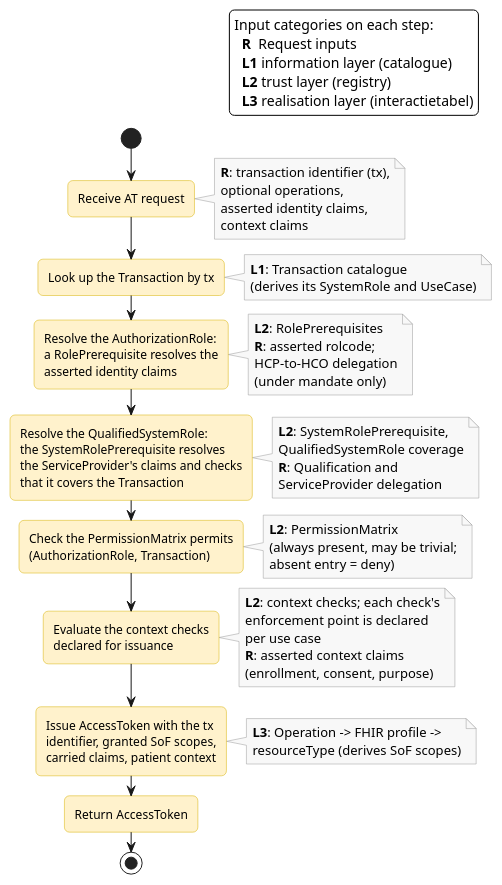
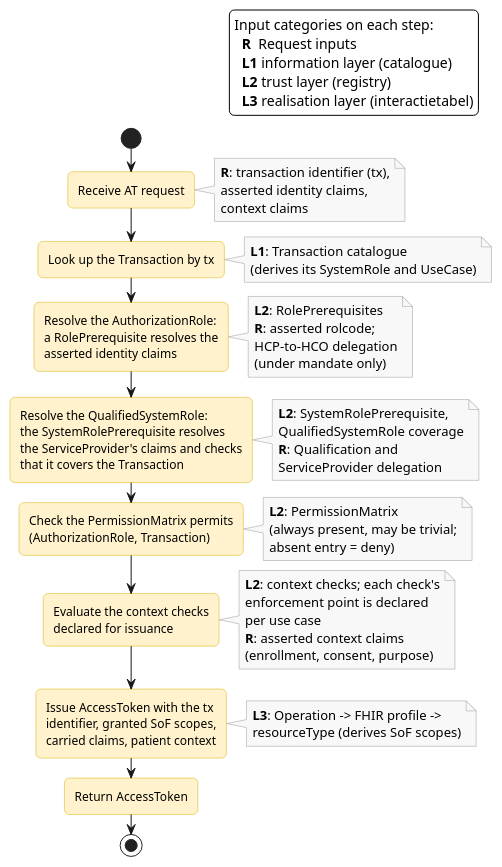
One commit to nuts-foundation/nl-generic-functions-ig changed the diagram in input/images-source/authorization-model-evaluation.plantuml. Above: the diagram before and after it, drawn with PlantUML. The commit also changed 2 other files, not shown here.

```diff
--- a/input/images-source/authorization-model-evaluation.plantuml
+++ b/input/images-source/authorization-model-evaluation.plantuml
@@ -5,90 +5,89 @@
 @startuml authorization-model-evaluation
 
 skinparam defaultFontName Arial
 skinparam backgroundColor white
 skinparam roundcorner 10
 skinparam activity {
   BackgroundColor #FFF2CC
   BorderColor #D6B000
 }
 skinparam noteBackgroundColor #F8F8F8
 skinparam noteBorderColor #999999
 
 ' Happy path. Any check failure results in rejection (not shown).
 
 legend top right
   Input categories on each step:
     **R**  Request inputs
     **L1** information layer (catalogue)
     **L2** trust layer (registry)
     **L3** realisation layer (interactietabel)
 endlegend
 
 start
 
 :Receive AT request;
 note right
   **R**: transaction identifier (tx),
-  optional operations,
   asserted identity claims,
   context claims
 end note
 
 :Look up the Transaction by tx;
 note right
   **L1**: Transaction catalogue
   (derives its SystemRole and UseCase)
 end note
 
 :Resolve the AuthorizationRole:
 a RolePrerequisite resolves the
 asserted identity claims;
 note right
   **L2**: RolePrerequisites
   **R**: asserted rolcode;
   HCP-to-HCO delegation
   (under mandate only)
 end note
 
 :Resolve the QualifiedSystemRole:
 the SystemRolePrerequisite resolves
 the ServiceProvider's claims and checks
 that it covers the Transaction;
 note right
   **L2**: SystemRolePrerequisite,
   QualifiedSystemRole coverage
   **R**: Qualification and
   ServiceProvider delegation
 end note
 
 :Check the PermissionMatrix permits
 (AuthorizationRole, Transaction);
 note right
   **L2**: PermissionMatrix
   (always present, may be trivial;
   absent entry = deny)
 end note
 
 :Evaluate the context checks
 declared for issuance;
 note right
   **L2**: context checks; each check's
   enforcement point is declared
   per use case
   **R**: asserted context claims
   (enrollment, consent, purpose)
 end note
 
 :Issue AccessToken with the tx
 identifier, granted SoF scopes,
 carried claims, patient context;
 note right
   **L3**: Operation -> FHIR profile ->
   resourceType (derives SoF scopes)
 end note
 
 :Return AccessToken;
 
 stop
 
 @enduml
```
